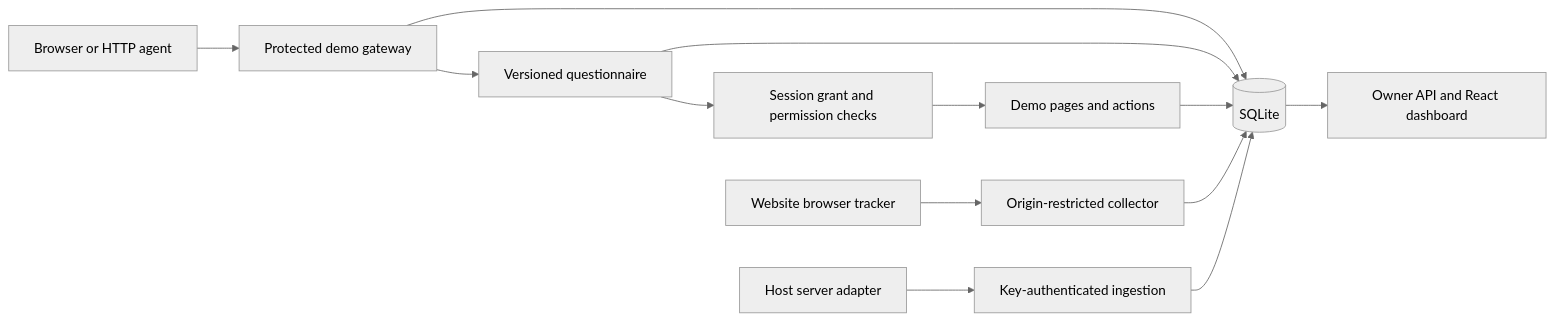
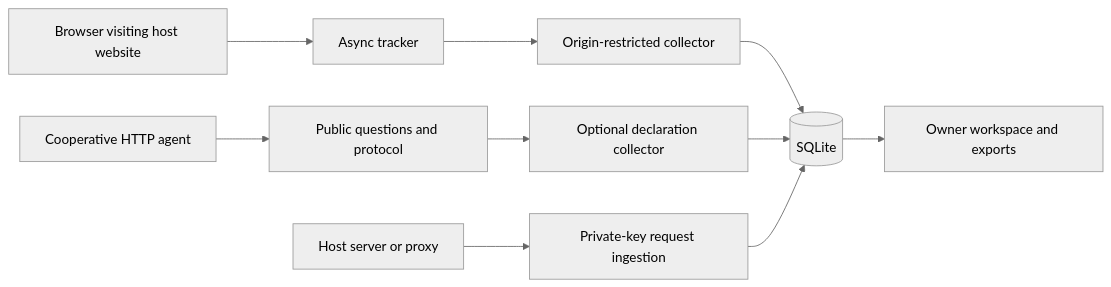
Before and after one commit to maskjelly/arrival: the diagram in docs/architecture.md, drawn with Mermaid (neutral theme). The commit also changed other lines of this file and 21 other files, not shown here.

````diff
--- a/docs/architecture.md
+++ b/docs/architecture.md
@@ -7,15 +5,12 @@
 ```mermaid
 flowchart LR
-  A[Browser or HTTP agent] --> G[Protected demo gateway]
-  G --> Q[Versioned questionnaire]
-  Q --> P[Session grant and permission checks]
-  P --> W[Demo pages and actions]
-  G --> DB[(SQLite)]
-  Q --> DB
-  W --> DB
-  B[Website browser tracker] --> C[Origin-restricted collector]
-  C --> DB
-  S[Host server adapter] --> I[Key-authenticated ingestion]
+  B[Browser visiting host website] --> T[Async tracker]
+  T --> C[Origin-restricted collector]
+  A[Cooperative HTTP agent] --> M[Public questions and protocol]
+  M --> D[Optional declaration collector]
+  H[Host server or proxy] --> I[Private-key request ingestion]
+  C --> DB[(SQLite)]
+  D --> DB
   I --> DB
-  DB --> D[Owner API and React dashboard]
+  DB --> UI[Owner workspace and exports]
 ```
````
